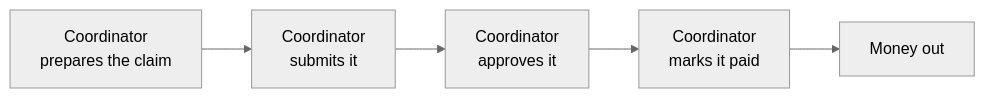
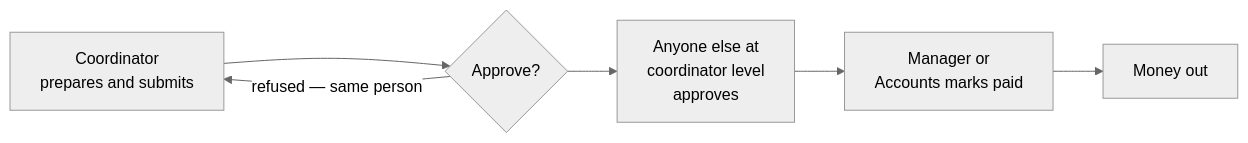
The eighth of 10 diagrams in docs/03-object-lifecycles.md (mehulblogger-pixel/Experiment_Operataion_Exaact-requirement), drawn with Mermaid (neutral theme) before and after one commit. The commit also changed other lines of this file and 17 other files, not shown here.

````diff
--- a/docs/03-object-lifecycles.md
+++ b/docs/03-object-lifecycles.md
@@ -265,7 +269,8 @@
 ```mermaid
 flowchart LR
-  A["Coordinator<br/>prepares the claim"] --> B["Coordinator<br/>submits it"]
-  B --> C["Coordinator<br/>approves it"]
-  C --> D["Coordinator<br/>marks it paid"]
+  A["Coordinator<br/>prepares and submits"] --> B{"Approve?"}
+  B -->|"refused — same person"| A
+  B --> C["Anyone else at<br/>coordinator level<br/>approves"]
+  C --> D["Manager or<br/>Accounts marks paid"]
   D --> E["Money out"]
 ```
````
